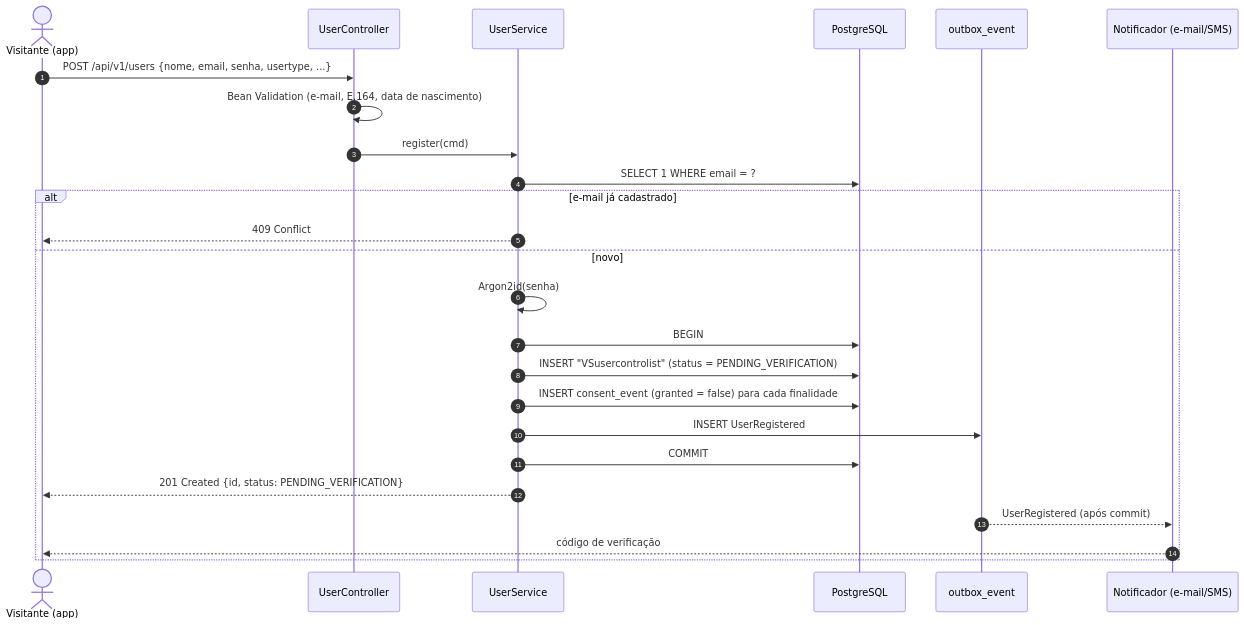
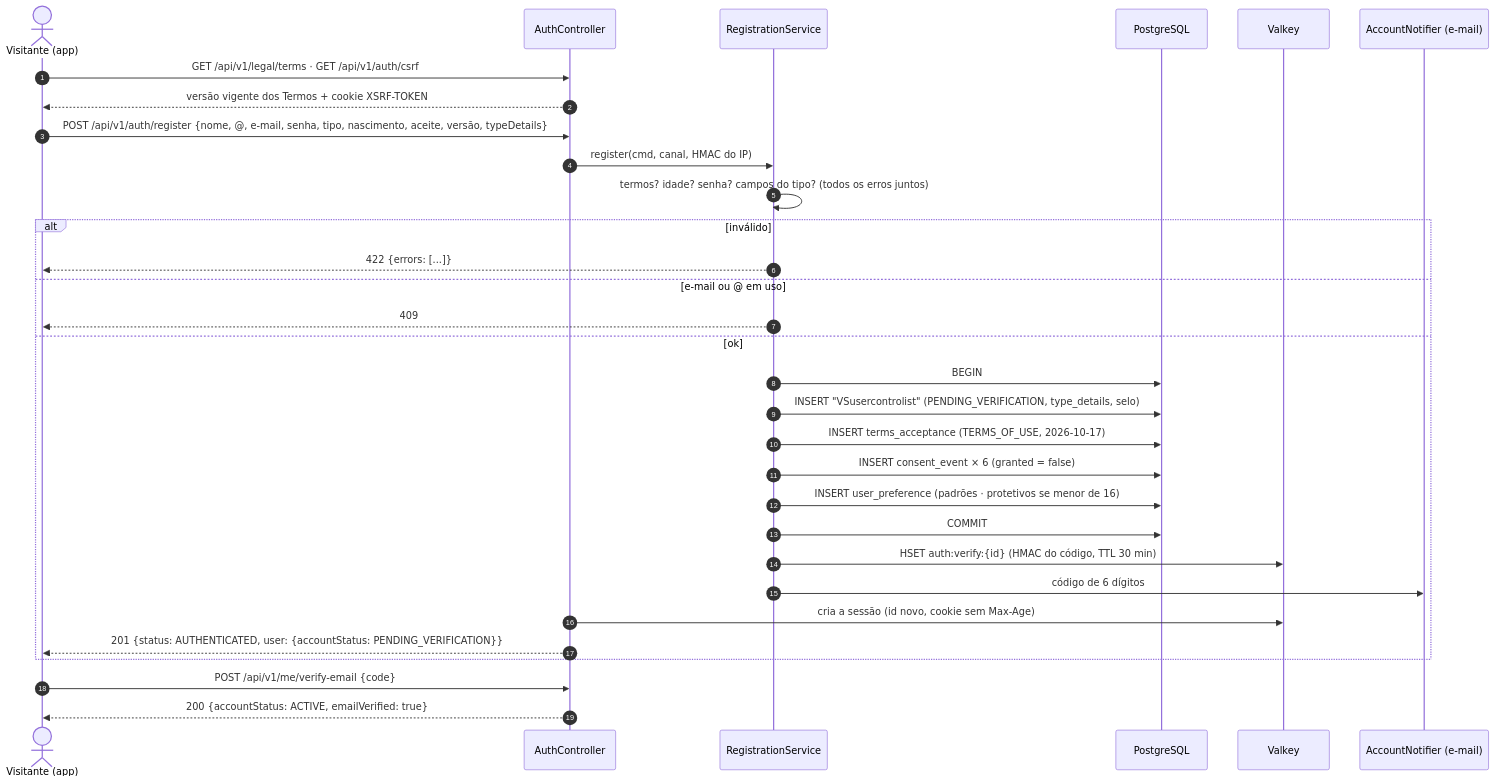
Before and after one commit to MatheusHaliski/orange_social_velion: the second of 4 diagrams in docs/rf/RF01-cadastro-usuario.md, drawn with Mermaid. The commit also changed other lines of this file and 78 other files, not shown here.

First line of the commit message:
Add sign-up with user type and Velion terms, sessions, 2FA, settings and 30-day deletion

````diff
--- a/docs/rf/RF01-cadastro-usuario.md
+++ b/docs/rf/RF01-cadastro-usuario.md
@@ -50,28 +72,34 @@
 ```mermaid
 sequenceDiagram
     autonumber
     actor V as Visitante (app)
-    participant API as UserController
-    participant S as UserService
+    participant API as AuthController
+    participant R as RegistrationService
     participant DB as PostgreSQL
-    participant OB as outbox_event
-    participant N as Notificador (e-mail/SMS)
+    participant VK as Valkey
+    participant N as AccountNotifier (e-mail)
 
-    V->>API: POST /api/v1/users {nome, email, senha, usertype, ...}
-    API->>API: Bean Validation (e-mail, E.164, data de nascimento)
-    API->>S: register(cmd)
-    S->>DB: SELECT 1 WHERE email = ?
-    alt e-mail já cadastrado
-        S-->>V: 409 Conflict
-    else novo
-        S->>S: Argon2id(senha)
-        S->>DB: BEGIN
-        S->>DB: INSERT "VSusercontrolist" (status = PENDING_VERIFICATION)
-        S->>DB: INSERT consent_event (granted = false) para cada finalidade
-        S->>OB: INSERT UserRegistered
-        S->>DB: COMMIT
-        S-->>V: 201 Created {id, status: PENDING_VERIFICATION}
-        OB-->>N: UserRegistered (após commit)
-        N-->>V: código de verificação
+    V->>API: GET /api/v1/legal/terms · GET /api/v1/auth/csrf
+    API-->>V: versão vigente dos Termos + cookie XSRF-TOKEN
+    V->>API: POST /api/v1/auth/register {nome, @, e-mail, senha, tipo, nascimento, aceite, versão, typeDetails}
+    API->>R: register(cmd, canal, HMAC do IP)
+    R->>R: termos? idade? senha? campos do tipo? (todos os erros juntos)
+    alt inválido
+        R-->>V: 422 {errors: [...]}
+    else e-mail ou @ em uso
+        R-->>V: 409
+    else ok
+        R->>DB: BEGIN
+        R->>DB: INSERT "VSusercontrolist" (PENDING_VERIFICATION, type_details, selo)
+        R->>DB: INSERT terms_acceptance (TERMS_OF_USE, 2026-10-17)
+        R->>DB: INSERT consent_event × 6 (granted = false)
+        R->>DB: INSERT user_preference (padrões · protetivos se menor de 16)
+        R->>DB: COMMIT
+        R->>VK: HSET auth:verify:{id} (HMAC do código, TTL 30 min)
+        R->>N: código de 6 dígitos
+        API->>VK: cria a sessão (id novo, cookie sem Max-Age)
+        API-->>V: 201 {status: AUTHENTICATED, user: {accountStatus: PENDING_VERIFICATION}}
     end
+    V->>API: POST /api/v1/me/verify-email {code}
+    API-->>V: 200 {accountStatus: ACTIVE, emailVerified: true}
 ```
````
